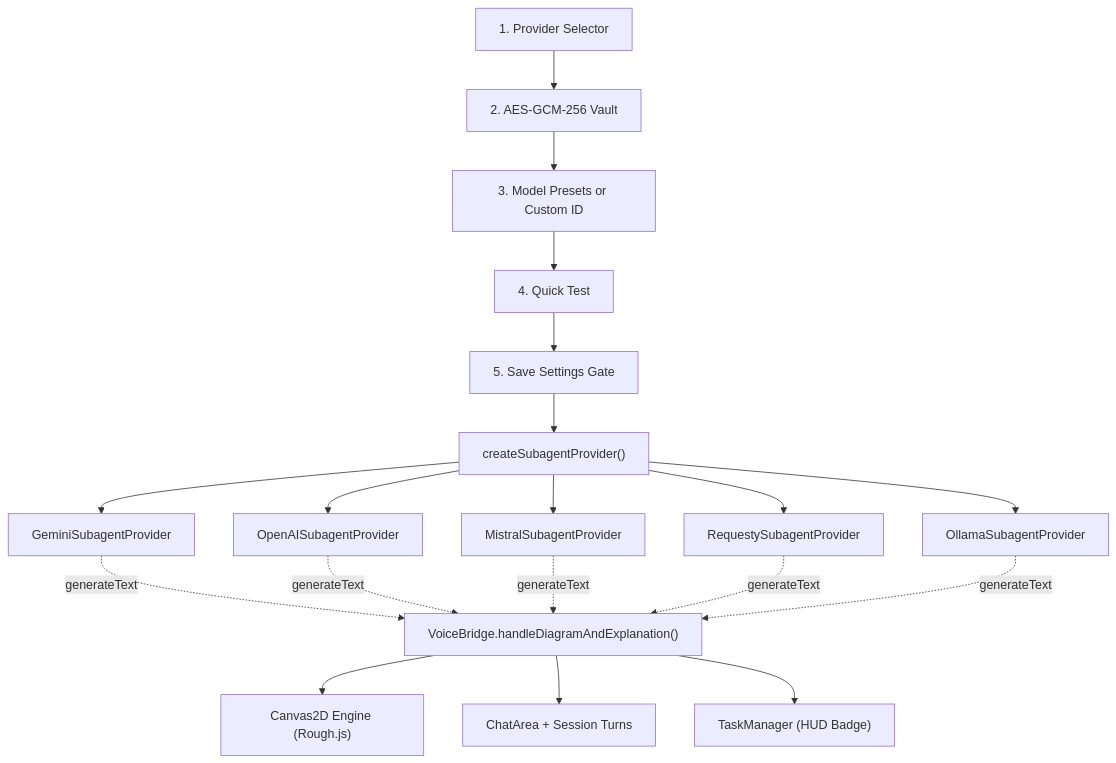
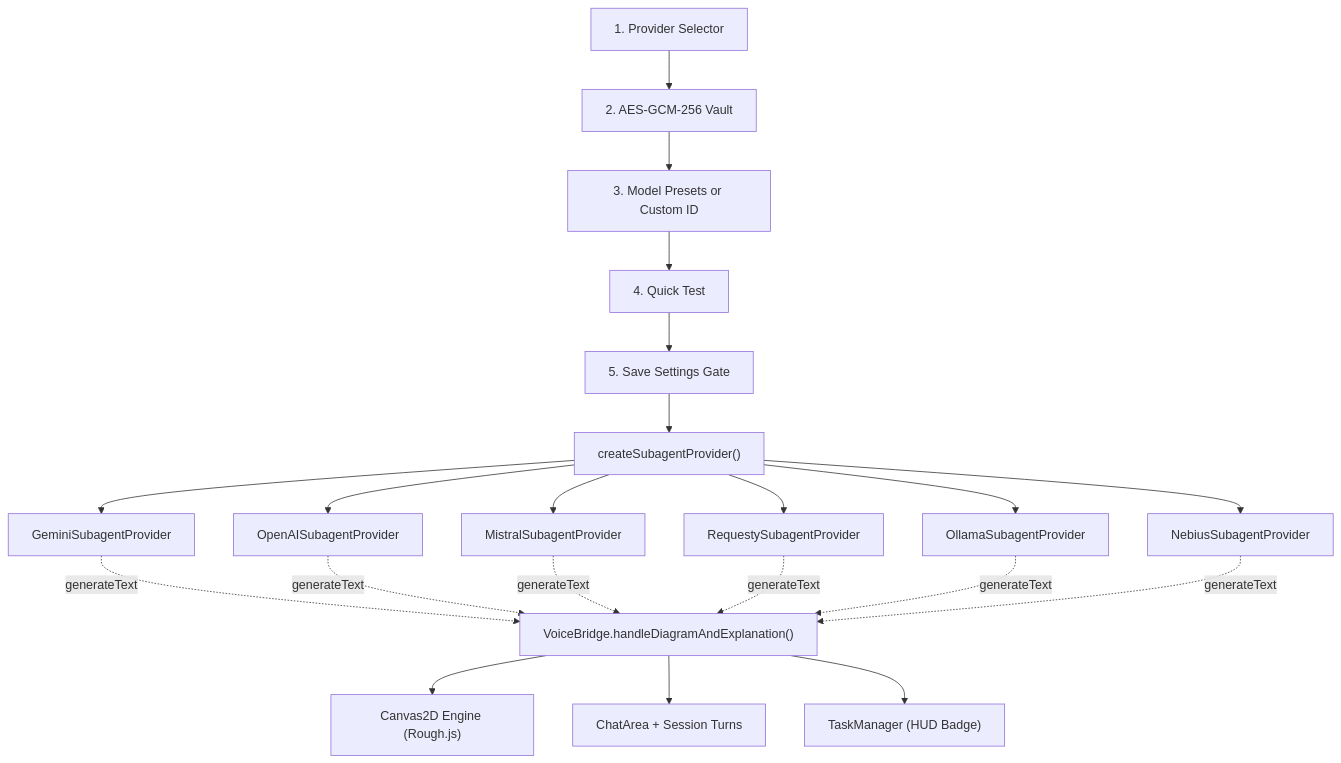
One commit to AmritSDutta/b_aassistant changed the diagram in docs/subagent-providers.mdx. Above: the diagram before and after it, drawn with Mermaid. The commit also changed other lines of this file and 17 other files, not shown here.

Commit message:
added nebius as additional provider

````diff
--- a/docs/subagent-providers.mdx
+++ b/docs/subagent-providers.mdx
@@ -25,14 +26,15 @@
 ```mermaid
 flowchart TD
     PSelect["1. Provider Selector"] --> Vault["2. AES-GCM-256 Vault"] --> MSelect["3. Model Presets or Custom ID"] --> QTest["4. Quick Test"] --> SaveGate["5. Save Settings Gate"]
     SaveGate --> SPF["createSubagentProvider()"]
     SPF --> GeminiImpl["GeminiSubagentProvider"]
     SPF --> OpenAIImpl["OpenAISubagentProvider"]
     SPF --> MistralImpl["MistralSubagentProvider"]
     SPF --> RequestyImpl["RequestySubagentProvider"]
     SPF --> OllamaImpl["OllamaSubagentProvider"]
-    GeminiImpl & OpenAIImpl & MistralImpl & RequestyImpl & OllamaImpl -.->|generateText| VB["VoiceBridge.handleDiagramAndExplanation()"]
+    SPF --> NebiusImpl["NebiusSubagentProvider"]
+    GeminiImpl & OpenAIImpl & MistralImpl & RequestyImpl & OllamaImpl & NebiusImpl -.->|generateText| VB["VoiceBridge.handleDiagramAndExplanation()"]
     VB --> Canvas["Canvas2D Engine (Rough.js)"]
     VB --> Chat["ChatArea + Session Turns"]
     VB --> Task["TaskManager (HUD Badge)"]
 ```
````
